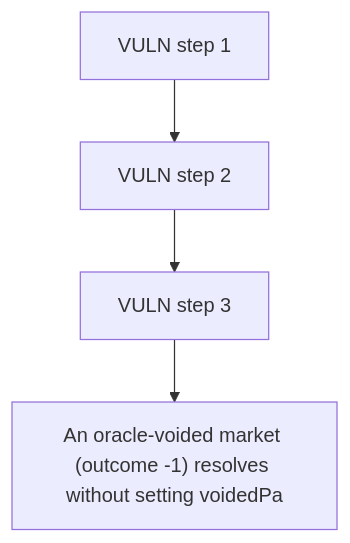
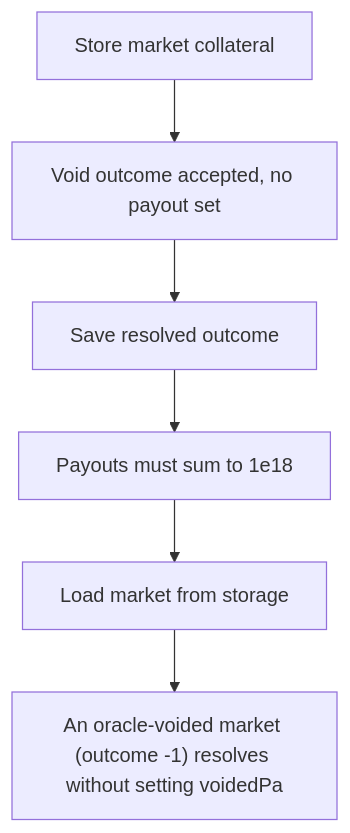
The diagram in 65418-oracle-void-outcome-leaves-predictionmarketv3managerclobvoid_exp/65418-oracle-void-outcome-leaves-predictionmarketv3managerclobvoid_exp.md (sanbir/evm-hack-registry), drawn with Mermaid before and after one commit. The commit also changed other lines of this file and 79 other files, not shown here.

````diff
--- a/65418-oracle-void-outcome-leaves-predictionmarketv3managerclobvoid_exp/65418-oracle-void-outcome-leaves-predictionmarketv3managerclobvoid_exp.md
+++ b/65418-oracle-void-outcome-leaves-predictionmarketv3managerclobvoid_exp/65418-oracle-void-outcome-leaves-predictionmarketv3managerclobvoid_exp.md
@@ -28,10 +28,14 @@
 ```mermaid
 flowchart TD
-  S0["VULN step 1"]
-  S1["VULN step 2"]
-  S2["VULN step 3"]
+  S0["Store market collateral"]
+  S1["Void outcome accepted, no payout set"]
+  S2["Save resolved outcome"]
+  S3["Payouts must sum to 1e18"]
+  S4["Load market from storage"]
   H["An oracle-voided market (outcome -1) resolves without setting voidedPa"]
   S0 --> S1
   S1 --> S2
-  S2 --> H
+  S2 --> S3
+  S3 --> S4
+  S4 --> H
 ```
````
